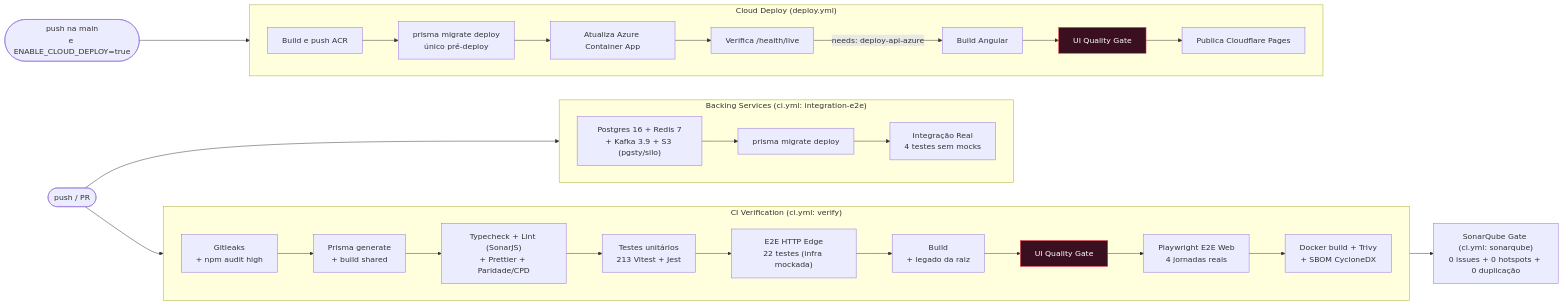
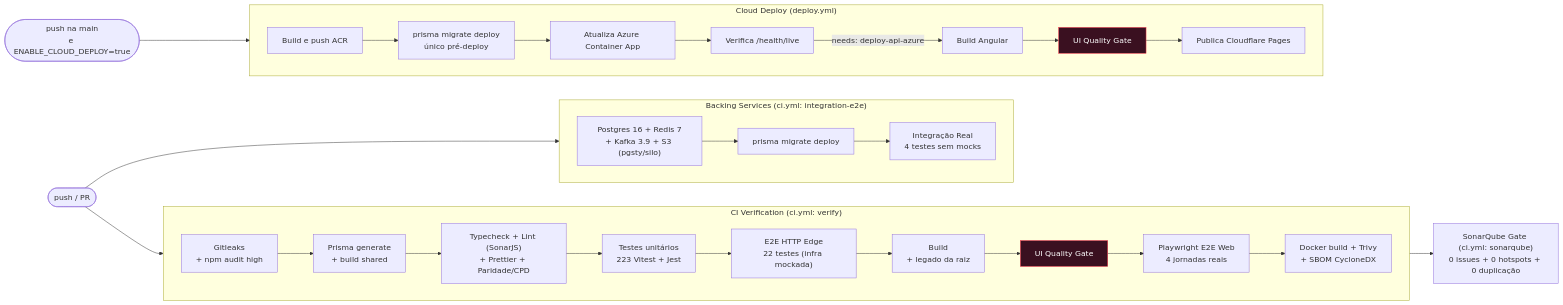
One commit to Digooow/pokedex-frontend changed the eighth of 12 diagrams in README.md. Above: the diagram before and after it, drawn with Mermaid. The commit also changed other lines of this file and 8 other files, not shown here.

````diff
--- a/README.md
+++ b/README.md
@@ -493,34 +493,34 @@
 ```mermaid
 flowchart LR
   push(["push / PR"]) --> v
   push --> integ
 
   subgraph v["CI Verification (ci.yml: verify)"]
     direction LR
     s0["Gitleaks<br/>+ npm audit high"] --> s1["Prisma generate<br/>+ build shared"] --> s2["Typecheck + Lint (SonarJS)<br/>+ Prettier + Paridade/CPD"]
-    s2 --> s4["Testes unitários<br/>213 Vitest + Jest"]
+    s2 --> s4["Testes unitários<br/>223 Vitest + Jest"]
     s4 --> s5["E2E HTTP Edge<br/>22 testes (infra mockada)"]
     s5 --> s6["Build<br/>+ legado da raiz"]
     s6 --> s7["UI Quality Gate"]
     s7 --> s7b["Playwright E2E Web<br/>4 jornadas reais"]
     s7b --> s8["Docker build + Trivy<br/>+ SBOM CycloneDX"]
   end
 
   v --> sq["SonarQube Gate (ci.yml: sonarqube)<br/>0 issues + 0 hotspots + 0 duplicação"]
 
   subgraph integ["Backing Services (ci.yml: integration-e2e)"]
     direction LR
     i1["Postgres 16 + Redis 7<br/>+ Kafka 3.9 + S3 (pgsty/silo)"] --> i2["prisma migrate deploy"] --> i3["Integração Real<br/>4 testes sem mocks"]
   end
 
   push2(["push na main<br/>e ENABLE_CLOUD_DEPLOY=true"]) --> d
 
   subgraph d["Cloud Deploy (deploy.yml)"]
     direction LR
     a1["Build e push ACR"] --> a1b["prisma migrate deploy<br/>único pré-deploy"] --> a2["Atualiza Azure Container App"] --> a3["Verifica /health/live"]
     a3 -->|"needs: deploy-api-azure"| b1["Build Angular"] --> b2["UI Quality Gate"] --> b3["Publica Cloudflare Pages"]
   end
 
   classDef gate fill:#3a1020,stroke:#ff3b4e,color:#fff
   class s7,b2 gate
 ```
````
